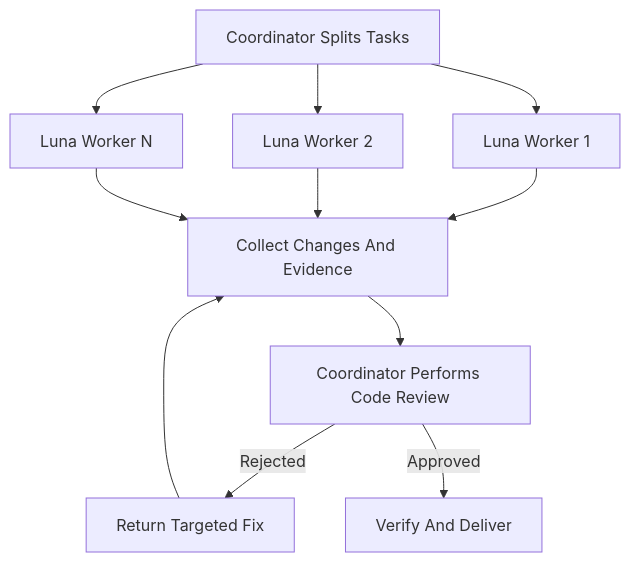
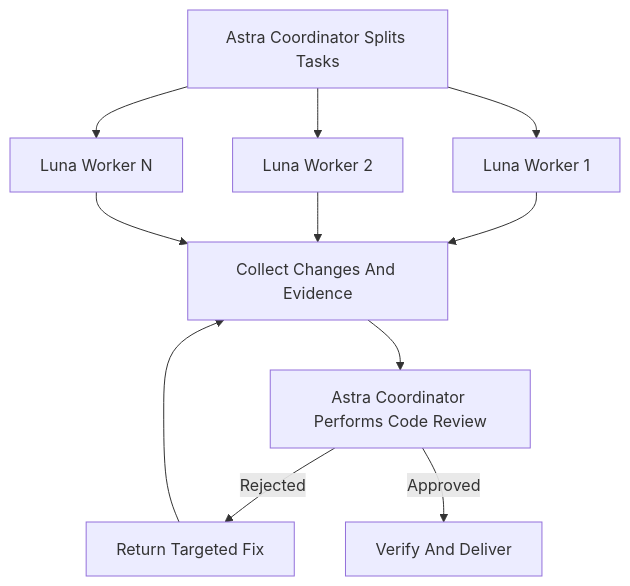
One commit to hanjeahwan/common-skills changed the diagram in .agents/skills/codex-luna-swarm/SKILL.md. Above: the diagram before and after it, drawn with Mermaid. The commit also changed other lines of this file and 6 other files, not shown here.

````diff
--- a/.agents/skills/codex-luna-swarm/SKILL.md
+++ b/.agents/skills/codex-luna-swarm/SKILL.md
@@ -10,13 +10,13 @@
 ```mermaid
 flowchart TD
-    S[Coordinator Splits Tasks] --> L1[Luna Worker 1]
+    S[Astra Coordinator Splits Tasks] --> L1[Luna Worker 1]
     S --> L2[Luna Worker 2]
     S --> LN[Luna Worker N]
     L1 --> G[Collect Changes And Evidence]
     L2 --> G
     LN --> G
-    G --> R[Coordinator Performs Code Review]
+    G --> R[Astra Coordinator Performs Code Review]
     R -->|Rejected| F[Return Targeted Fix]
     F --> G
     R -->|Approved| V[Verify And Deliver]
 ```
````
